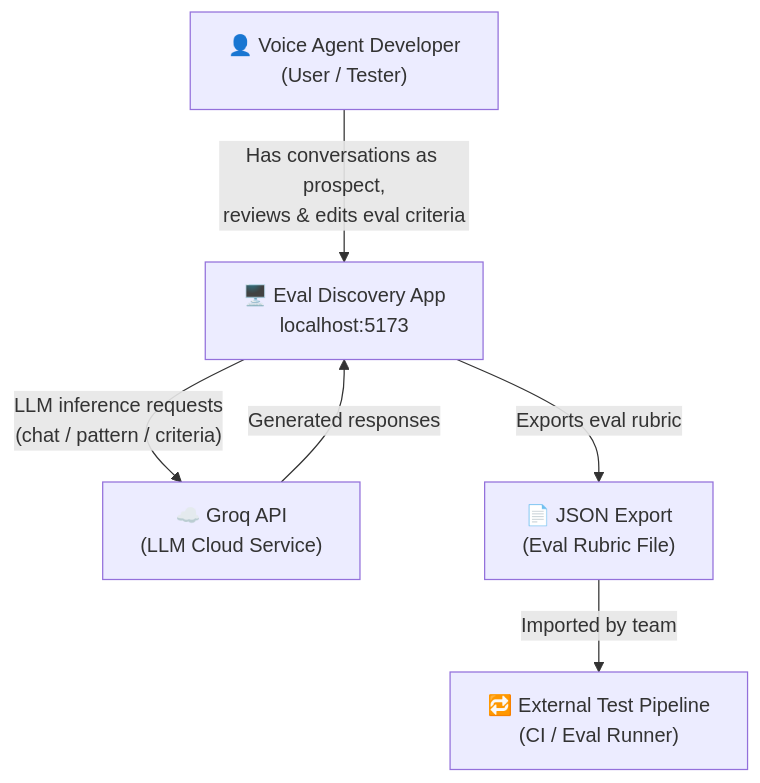
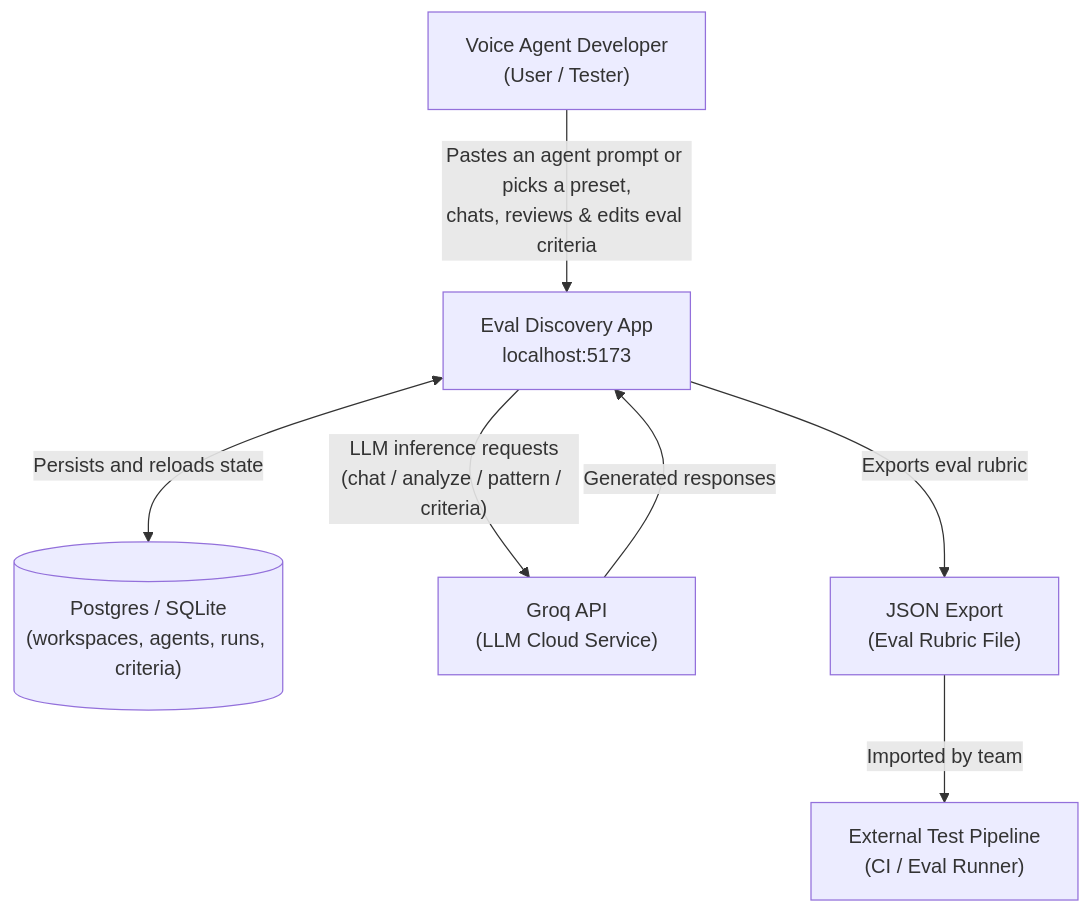
One commit to harikrshm/Eval-Discovery changed the first of 5 diagrams in docs/ARCHITECTURE.md. Above: the diagram before and after it, drawn with Mermaid. The commit also changed other lines of this file and 1 other file, not shown here.

First line of the commit message:
docs: persisted agent-ready architecture, README and deploy notes

````diff
--- a/docs/ARCHITECTURE.md
+++ b/docs/ARCHITECTURE.md
@@ -45,14 +46,16 @@
 ```mermaid
 graph TB
-    Dev["👤 Voice Agent Developer<br/>(User / Tester)"]
-    System["🖥️ Eval Discovery App<br/>localhost:5173"]
-    Groq["☁️ Groq API<br/>(LLM Cloud Service)"]
-    Export["📄 JSON Export<br/>(Eval Rubric File)"]
-    TestPipeline["🔁 External Test Pipeline<br/>(CI / Eval Runner)"]
+    Dev["Voice Agent Developer<br/>(User / Tester)"]
+    System["Eval Discovery App<br/>localhost:5173"]
+    DB[("Postgres / SQLite<br/>(workspaces, agents, runs, criteria)")]
+    Groq["Groq API<br/>(LLM Cloud Service)"]
+    Export["JSON Export<br/>(Eval Rubric File)"]
+    TestPipeline["External Test Pipeline<br/>(CI / Eval Runner)"]
 
-    Dev -->|"Has conversations as prospect,<br/>reviews & edits eval criteria"| System
-    System -->|"LLM inference requests<br/>(chat / pattern / criteria)"| Groq
+    Dev -->|"Pastes an agent prompt or picks a preset,<br/>chats, reviews & edits eval criteria"| System
+    System <-->|"Persists and reloads state"| DB
+    System -->|"LLM inference requests<br/>(chat / analyze / pattern / criteria)"| Groq
     Groq -->|"Generated responses"| System
     System -->|"Exports eval rubric"| Export
     Export -->|"Imported by team"| TestPipeline
 ```
````
